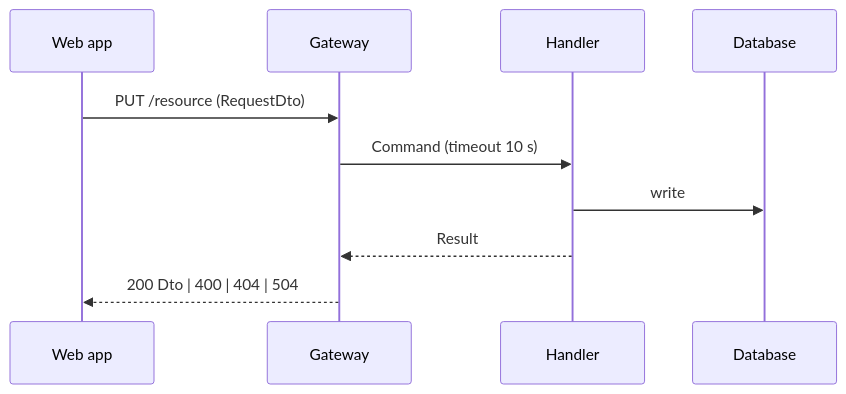
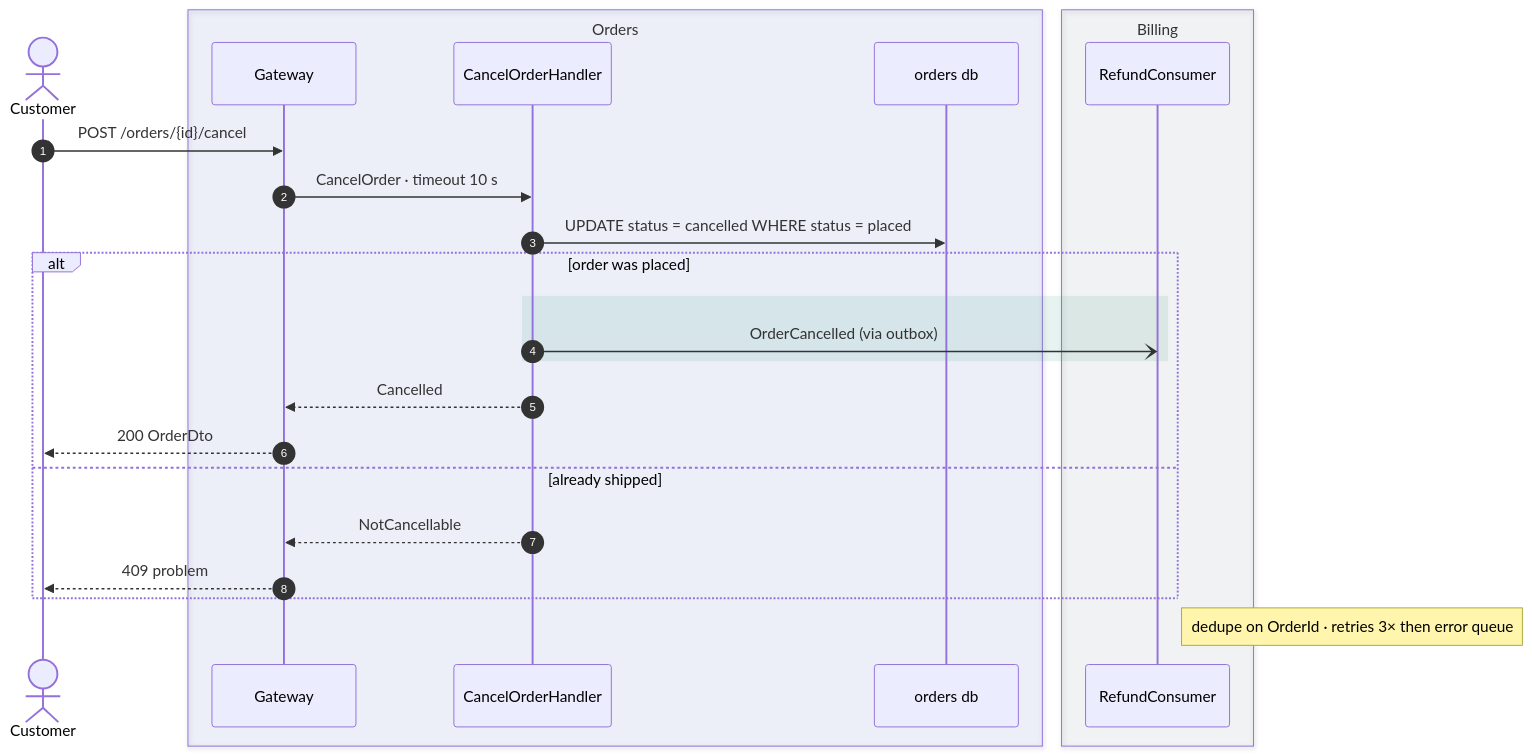
The second of 6 diagrams in plugins/feature-workflow/skills/feature-design/templates/design.md (m0x6A/claude-skills), drawn with Mermaid before and after one commit. The commit also changed other lines of this file and 4 other files, not shown here.

First line of the commit message:
Give the design diagrams one visual language and a proper render page

````diff
--- a/plugins/feature-workflow/skills/feature-design/templates/design.md
+++ b/plugins/feature-workflow/skills/feature-design/templates/design.md
@@ -95,12 +108,27 @@
 ```mermaid
 sequenceDiagram
-    participant W as Web app
-    participant G as Gateway
-    participant H as Handler
-    participant D as Database
-    W->>G: PUT /resource (RequestDto)
-    G->>H: Command (timeout 10 s)
-    H->>D: write
-    H-->>G: Result
-    G-->>W: 200 Dto | 400 | 404 | 504
+    autonumber
+    actor U as Customer
+    box rgba(47,91,211,0.07) Orders
+        participant G as Gateway
+        participant H as CancelOrderHandler
+        participant D as orders db
+    end
+    box rgba(120,130,145,0.07) Billing
+        participant R as RefundConsumer
+    end
+    U->>G: POST /orders/{id}/cancel
+    G->>H: CancelOrder · timeout 10 s
+    H->>D: UPDATE status = cancelled WHERE status = placed
+    alt order was placed
+        rect rgba(15,138,106,0.10)
+            H-)R: OrderCancelled (via outbox)
+        end
+        H-->>G: Cancelled
+        G-->>U: 200 OrderDto
+    else already shipped
+        H-->>G: NotCancellable
+        G-->>U: 409 problem
+    end
+    Note right of R: dedupe on OrderId · retries 3× then error queue
 ```
````
